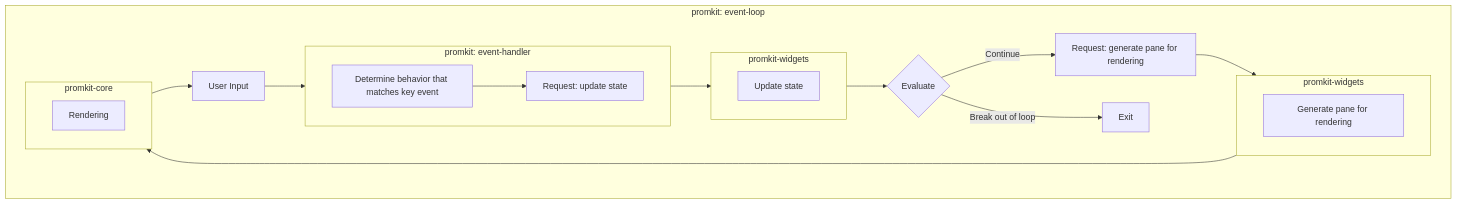
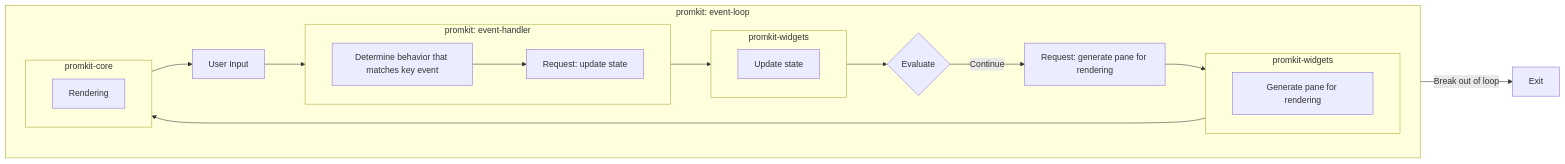
The diagram in Concept.md (ynqa/promkit), drawn with Mermaid before and after one commit.

Commit message:
docs: out of loop actually

````diff
--- a/Concept.md
+++ b/Concept.md
@@ -62,36 +62,37 @@
 ```mermaid
 flowchart LR
     subgraph promkit["promkit: event-loop"]
         direction LR
         A[User Input] --> L[Determine behavior that matches key event]
 
         subgraph B_event["promkit: event-handler"]
             direction LR
             L[Determine behavior that matches key event] --> D[Request: update state]
         end
 
         D --> F[Update state]
 
         subgraph update_state["promkit-widgets"]
             direction LR
             F[Update state]
         end
 
         F --> C{Evaluate}
         C -->|Continue| G[Request: generate pane for rendering]
         G[Request: generate pane for rendering] --> output_pane
-        C -->|Break out of loop| E[Exit]
         
         subgraph gen_pane["promkit-widgets"]
             direction LR
             output_pane[Generate pane for rendering]
         end
 
         subgraph promkit_core["promkit-core"]
             direction LR
             output_pane --> H[Rendering]
         end
 
         H --> A
     end
+
+    C -->|Break out of loop| E[Exit]
 ```
````
